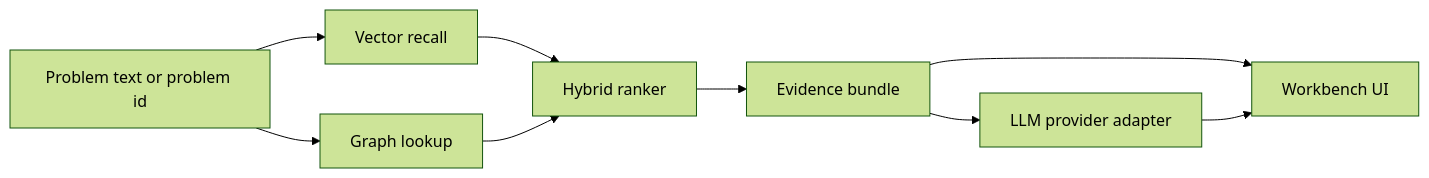
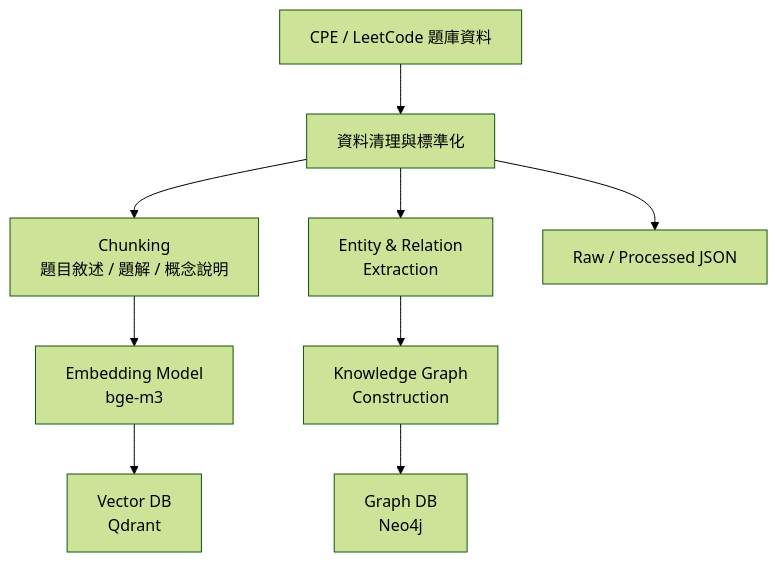
The first of 2 diagrams in docs/architecture.md (ray910408/knowledgegraph_rag), drawn with Mermaid (forest theme) before and after one commit. The commit also changed other lines of this file and 5 other files, not shown here.

Commit message:
Document hybrid RAG architecture

````diff
--- a/docs/architecture.md
+++ b/docs/architecture.md
@@ -12,11 +7,11 @@
 ```mermaid
-flowchart LR
-    A["Problem text or problem id"] --> B["Vector recall"]
-    A --> C["Graph lookup"]
-    B --> D["Hybrid ranker"]
-    C --> D
-    D --> E["Evidence bundle"]
-    E --> F["LLM provider adapter"]
-    E --> G["Workbench UI"]
-    F --> G
+flowchart TD
+  A["CPE / LeetCode 題庫資料"] --> B["資料清理與標準化"]
+  B --> C["Chunking<br/>題目敘述 / 題解 / 概念說明"]
+  B --> D["Entity & Relation<br/>Extraction"]
+  B --> E["Raw / Processed JSON"]
+  C --> F["Embedding Model<br/>bge-m3"]
+  F --> G["Vector DB<br/>Qdrant"]
+  D --> H["Knowledge Graph<br/>Construction"]
+  H --> I["Graph DB<br/>Neo4j"]
 ```
````
